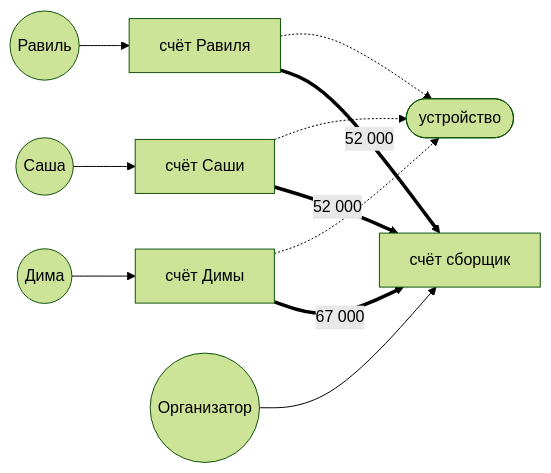
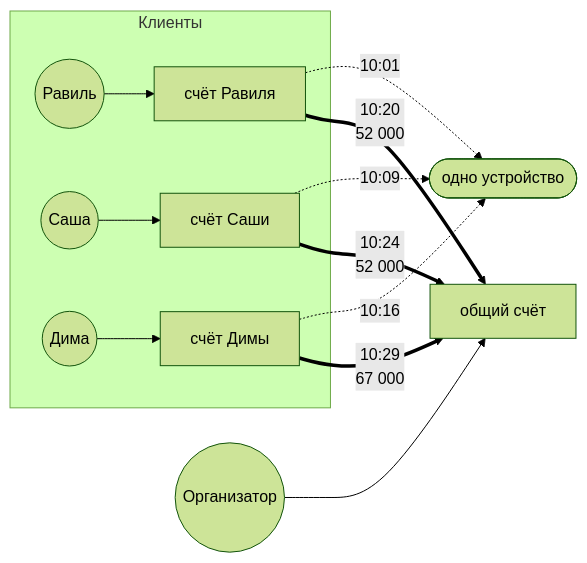
One commit to feytox/shugraph changed the second of 9 diagrams in docs/schemes-simple.md. Above: the diagram before and after it, drawn with Mermaid (forest theme). The commit also changed other lines of this file and 2 other files, not shown here.

````diff
--- a/docs/schemes-simple.md
+++ b/docs/schemes-simple.md
@@ -21,13 +21,15 @@
 ```mermaid
 flowchart LR
-    C1((Равиль)) --> A1[счёт Равиля]
-    C2((Саша)) --> A2[счёт Саши]
-    C3((Дима)) --> A3[счёт Димы]
-    CS((Организатор)) --> S[счёт сборщик]
-    A1 -.-> D([устройство])
-    A2 -.-> D
-    A3 -.-> D
-    A1 ==>|52 000| S
-    A2 ==>|52 000| S
-    A3 ==>|67 000| S
+    subgraph Клиенты
+        C1((Равиль)) --> A1[счёт Равиля]
+        C2((Саша)) --> A2[счёт Саши]
+        C3((Дима)) --> A3[счёт Димы]
+    end
+    CS((Организатор)) --> S[общий счёт]
+    A1 -. 10:01 .-> D([одно устройство])
+    A2 -. 10:09 .-> D
+    A3 -. 10:16 .-> D
+    A1 ==>|10:20<br/>52 000| S
+    A2 ==>|10:24<br/>52 000| S
+    A3 ==>|10:29<br/>67 000| S
 ```
````
